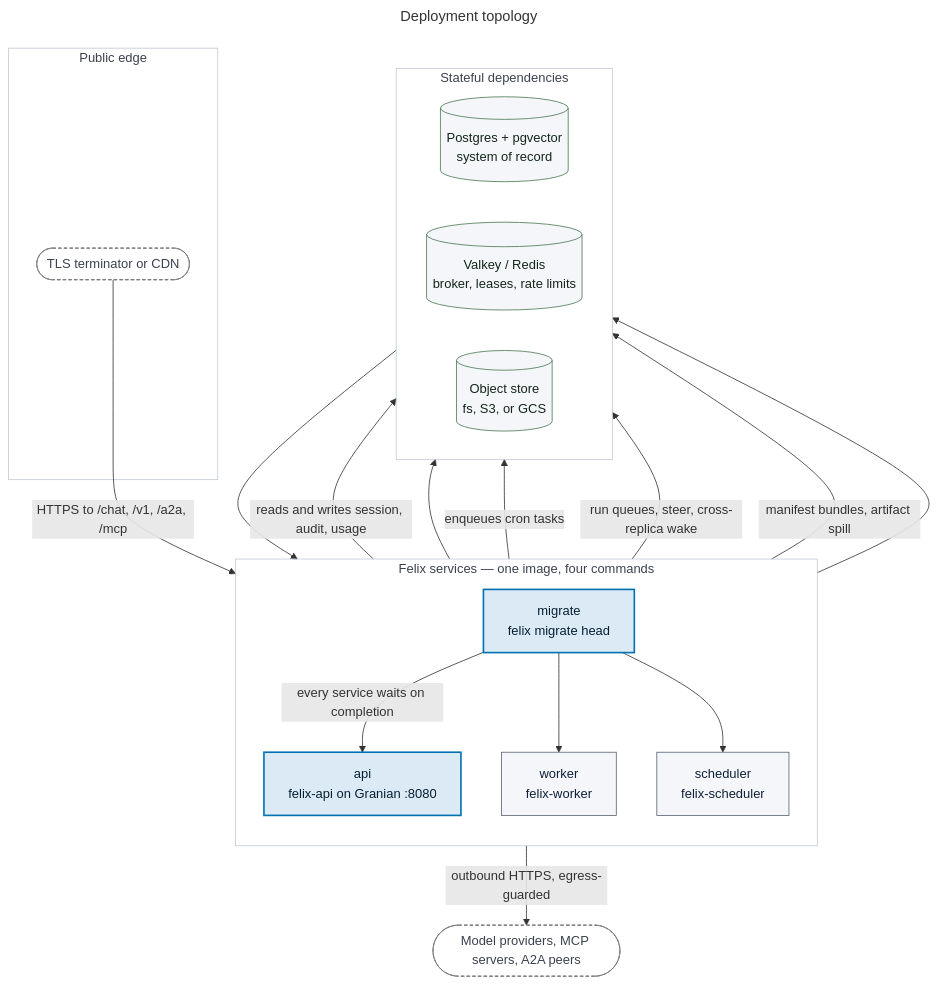
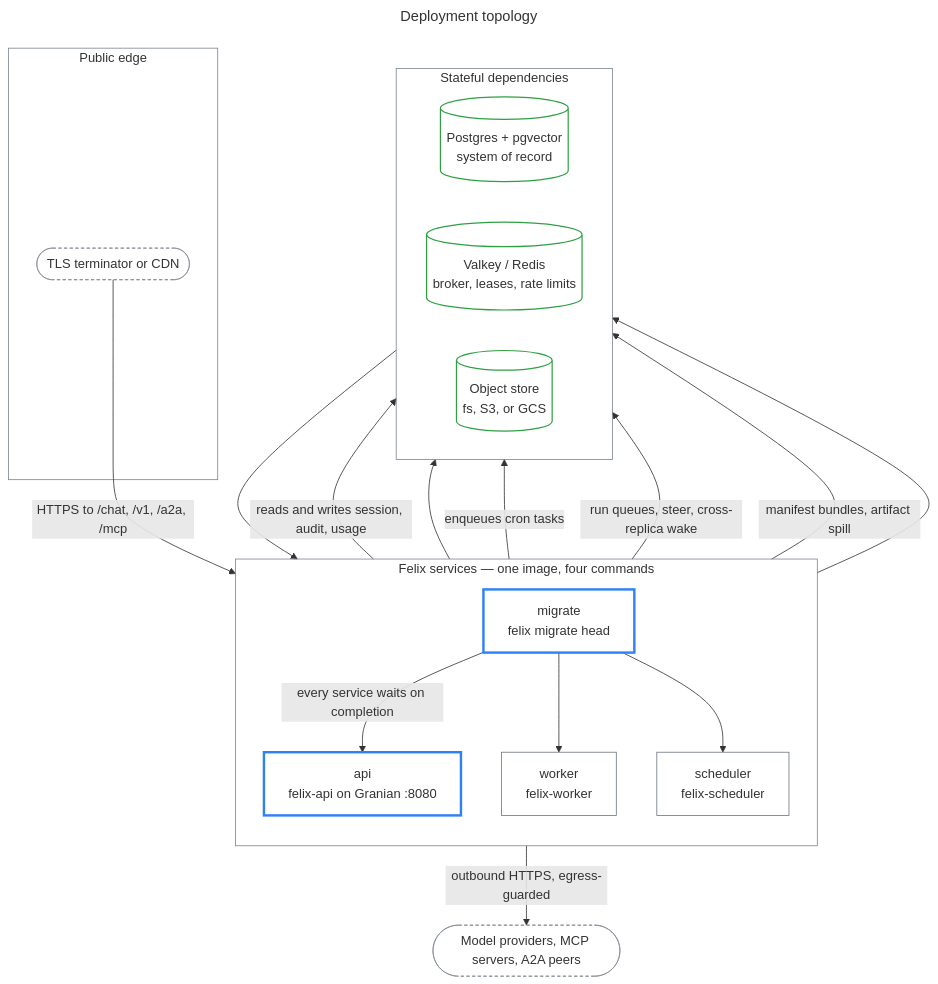
Before and after one commit to felix-run/felix: the diagram in docs/diagrams/deploy-topology.mmd, drawn with Mermaid. The commit also changed 11 other files, not shown here.

```diff
--- a/docs/diagrams/deploy-topology.mmd
+++ b/docs/diagrams/deploy-topology.mmd
@@ -1,56 +1,56 @@
 ---
 title: Deployment topology
 ---
 %% Source of truth: deploy/docker/compose.yml and its overlays.
 %% CI asserts every Felix service waits on `migrate` (scripts/check-compose-render.py).
 flowchart TB
     accTitle: What runs where in a Felix deployment, and what each part needs
     accDescr: Three Felix processes share one image and one database. The API serves every protocol surface; the worker executes periodic tasks; the scheduler holds the cron labels and does nothing else — omit it and no task ever fires. A one-shot migrate container runs Alembic to head and every other service waits for it to complete, which CI asserts against the rendered compose config rather than trusting the YAML. Postgres with pgvector is the system of record; Valkey carries the broker, rate limits, run queues, steering and cross-replica session wakes. The object store is pluggable and defaults to the filesystem, so the base stack pulls no cloud SDK.
 
     subgraph edge["Public edge"]
         lb([TLS terminator or CDN])
     end
 
     subgraph felix["Felix services — one image, four commands"]
         direction TB
         migrate["migrate<br/>felix migrate head"]
         api["api<br/>felix-api on Granian :8080"]
         worker["worker<br/>felix-worker"]
         sched["scheduler<br/>felix-scheduler"]
     end
 
     subgraph state["Stateful dependencies"]
         direction LR
         pg[("Postgres + pgvector<br/>system of record")]
         cache[("Valkey / Redis<br/>broker, leases, rate limits")]
         obj[("Object store<br/>fs, S3, or GCS")]
     end
 
     lb -->|"HTTPS to /chat, /v1, /a2a, /mcp"| api
     migrate -->|"every service waits on completion"| api
     migrate --> worker
     migrate --> sched
 
     api -->|"reads and writes session, audit, usage"| pg
     worker --> pg
     sched -->|"enqueues cron tasks"| cache
     cache --> worker
     api -->|"run queues, steer, cross-replica wake"| cache
     api -->|"manifest bundles, artifact spill"| obj
     worker --> obj
 
     api -->|"outbound HTTPS, egress-guarded"| models([Model providers, MCP servers, A2A peers])
 
     class migrate focal
     class api focal
     class lb,models external
     class worker,sched primary
     class pg,cache,obj store
 
-    classDef focal    fill:#dbeaf5,stroke:#0072B2,stroke-width:2px,color:#062033
-    classDef primary  fill:#f4f6f9,stroke:#5a6272,stroke-width:1px,color:#10203a
-    classDef external fill:#ffffff,stroke:#767676,stroke-width:1px,stroke-dasharray:4 3,color:#3b414d
-    classDef store    fill:#f4f6f9,stroke:#4a7a52,stroke-width:1px,color:#14261a
-    style edge fill:none,stroke:#c3c9d4,stroke-width:1px,color:#3b414d
-    style felix fill:none,stroke:#c3c9d4,stroke-width:1px,color:#3b414d
-    style state fill:none,stroke:#c3c9d4,stroke-width:1px,color:#3b414d
+    classDef focal    fill:none,stroke:#2F81F7,stroke-width:3px
+    classDef primary  fill:none,stroke:#6e7781,stroke-width:1px
+    classDef external fill:none,stroke:#7d8590,stroke-width:1px,stroke-dasharray:4 3
+    classDef store    fill:none,stroke:#2EA043,stroke-width:1.5px
+    style edge fill:none,stroke:#7d8590,stroke-width:1px
+    style felix fill:none,stroke:#7d8590,stroke-width:1px
+    style state fill:none,stroke:#7d8590,stroke-width:1px
```
